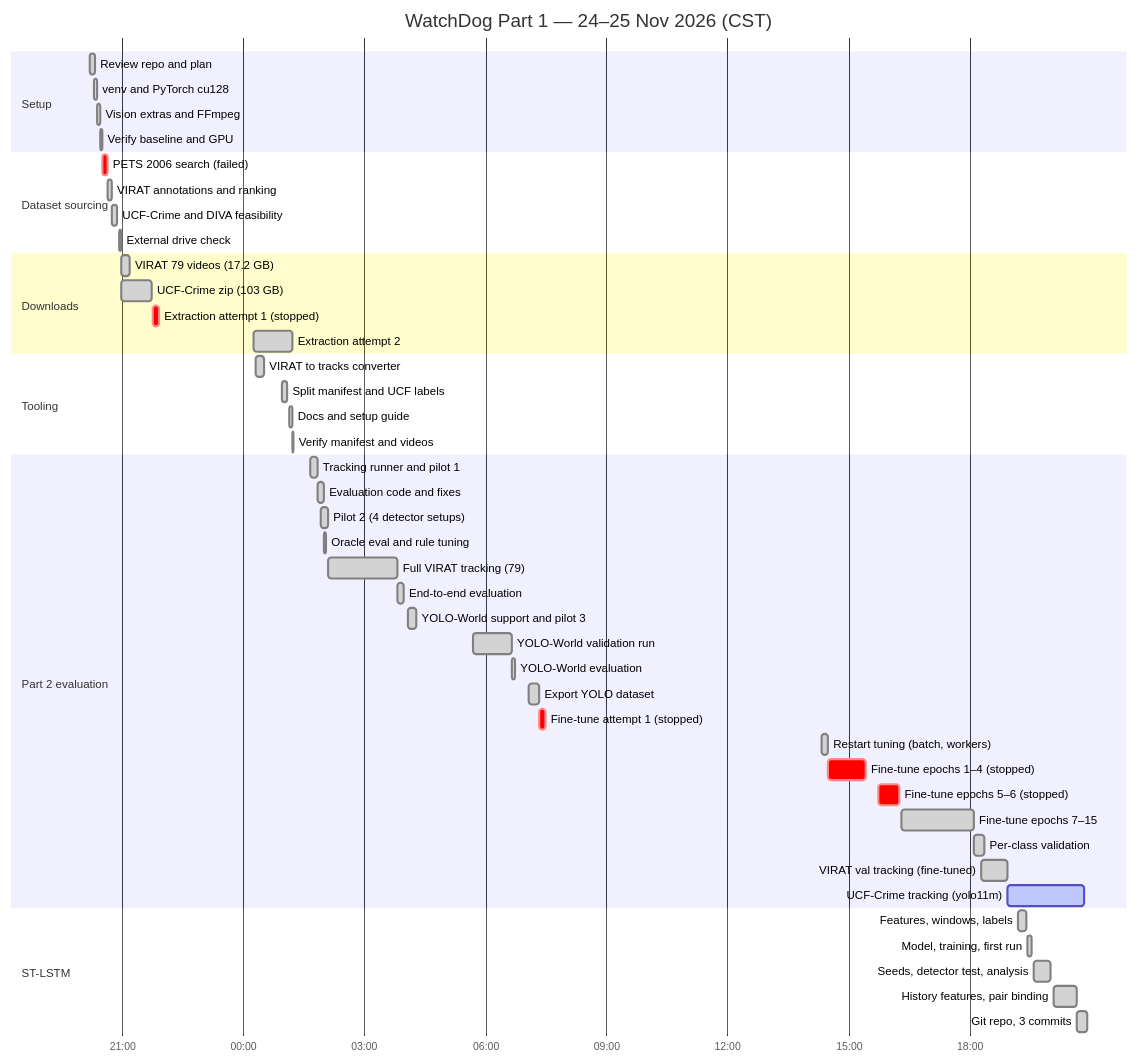
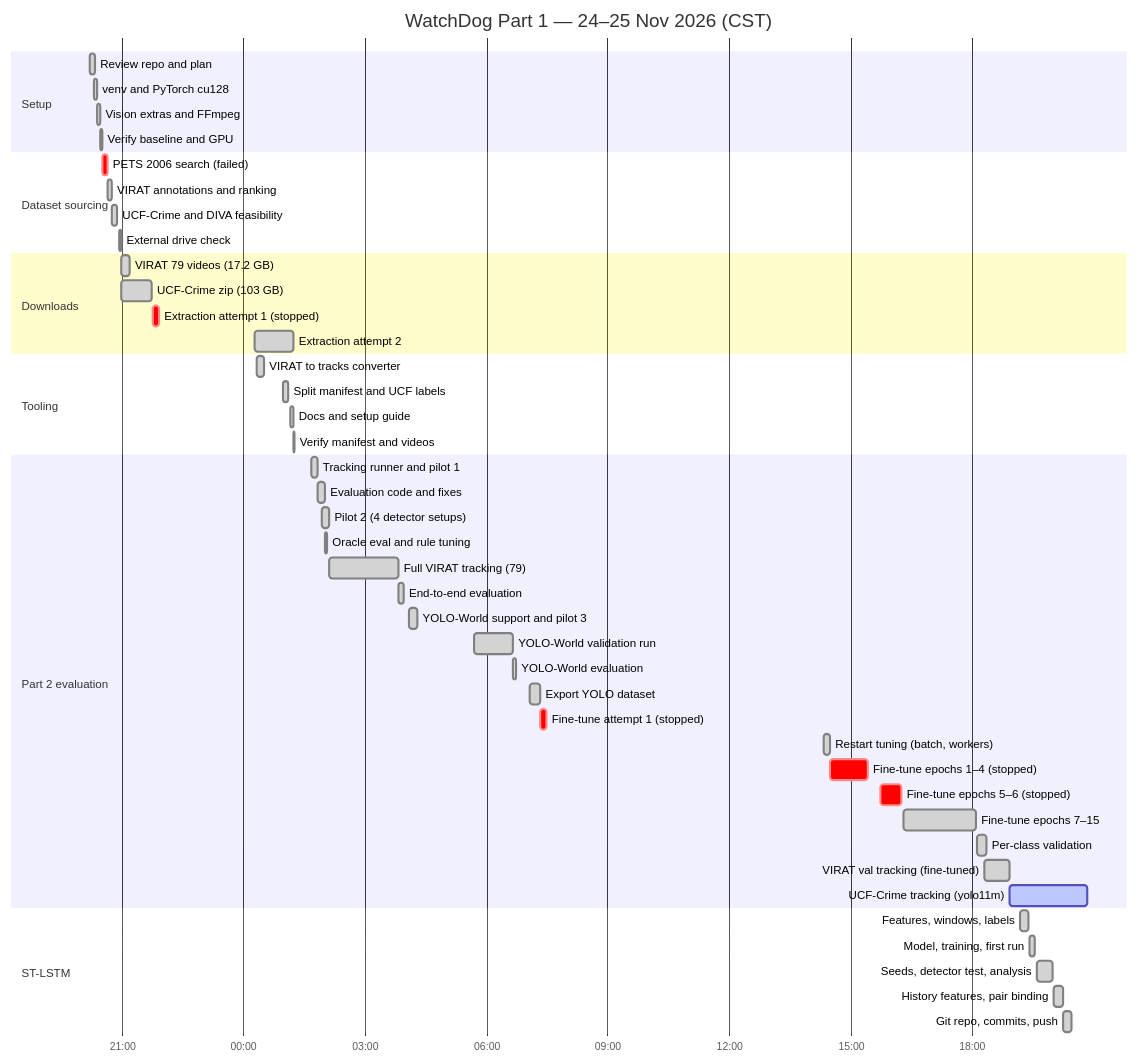
One commit to Tanu1007/WatchDog changed the diagram in docs/WORKLOG.md. Above: the diagram before and after it, drawn with Mermaid. The commit also changed other lines of this file, not shown here.

````diff
--- a/docs/WORKLOG.md
+++ b/docs/WORKLOG.md
@@ -29,51 +29,51 @@
 ```mermaid
 gantt
     title WatchDog Part 1 — 24–25 Nov 2026 (CST)
     dateFormat YYYY-MM-DD HH:mm
     axisFormat %H:%M
     section Setup
     Review repo and plan           :done, 2026-11-24 20:12, 8m
     venv and PyTorch cu128         :done, 2026-11-24 20:18, 5m
     Vision extras and FFmpeg       :done, 2026-11-24 20:23, 5m
     Verify baseline and GPU        :done, 2026-11-24 20:28, 2m
     section Dataset sourcing
     PETS 2006 search (failed)      :crit, 2026-11-24 20:30, 8m
     VIRAT annotations and ranking  :done, 2026-11-24 20:38, 7m
     UCF-Crime and DIVA feasibility :done, 2026-11-24 20:45, 8m
     External drive check           :done, 2026-11-24 20:55, 4m
     section Downloads
     VIRAT 79 videos (17.2 GB)      :done, 2026-11-24 20:59, 12m
     UCF-Crime zip (103 GB)         :done, 2026-11-24 20:59, 45m
     Extraction attempt 1 (stopped) :crit, 2026-11-24 21:45, 10m
     Extraction attempt 2           :done, 2026-11-25 00:16, 58m
     section Tooling
     VIRAT to tracks converter      :done, 2026-11-25 00:19, 12m
     Split manifest and UCF labels  :done, 2026-11-25 00:58, 8m
     Docs and setup guide           :done, 2026-11-25 01:09, 5m
     Verify manifest and videos     :done, 2026-11-25 01:14, 1m
     section Part 2 evaluation
     Tracking runner and pilot 1    :done, 2026-11-25 01:40, 10m
     Evaluation code and fixes      :done, 2026-11-25 01:50, 10m
     Pilot 2 (4 detector setups)    :done, 2026-11-25 01:56, 11m
     Oracle eval and rule tuning    :done, 2026-11-25 02:00, 4m
     Full VIRAT tracking (79)       :done, 2026-11-25 02:07, 103m
     End-to-end evaluation          :done, 2026-11-25 03:50, 8m
     YOLO-World support and pilot 3 :done, 2026-11-25 04:05, 12m
     YOLO-World validation run      :done, 2026-11-25 05:42, 57m
     YOLO-World evaluation          :done, 2026-11-25 06:39, 5m
     Export YOLO dataset            :done, 2026-11-25 07:05, 15m
     Fine-tune attempt 1 (stopped)  :crit, 2026-11-25 07:20, 10m
     Restart tuning (batch, workers):done, 2026-11-25 14:20, 9m
     Fine-tune epochs 1–4 (stopped) :crit, 2026-11-25 14:29, 56m
     Fine-tune epochs 5–6 (stopped) :crit, 2026-11-25 15:45, 30m
     Fine-tune epochs 7–15          :done, 2026-11-25 16:18, 108m
     Per-class validation           :done, 2026-11-25 18:07, 15m
     VIRAT val tracking (fine-tuned):done, 2026-11-25 18:18, 38m
     UCF-Crime tracking (yolo11m)   :active, 2026-11-25 18:56, 115m
     section ST-LSTM
     Features, windows, labels      :done, 2026-11-25 19:12, 12m
     Model, training, first run     :done, 2026-11-25 19:26, 7m
     Seeds, detector test, analysis :done, 2026-11-25 19:36, 24m
-    History features, pair binding :done, 2026-11-25 20:05, 35m
-    Git repo, 3 commits            :done, 2026-11-25 20:40, 15m
+    History features, pair binding :done, 2026-11-25 20:01, 14m
+    Git repo, commits, push        :done, 2026-11-25 20:15, 12m
 ```
````
